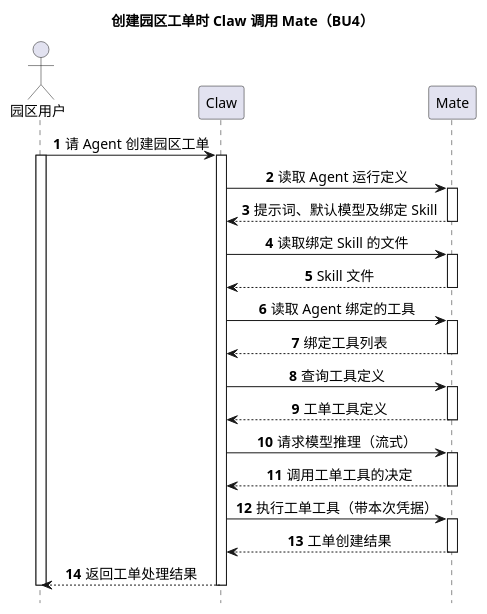
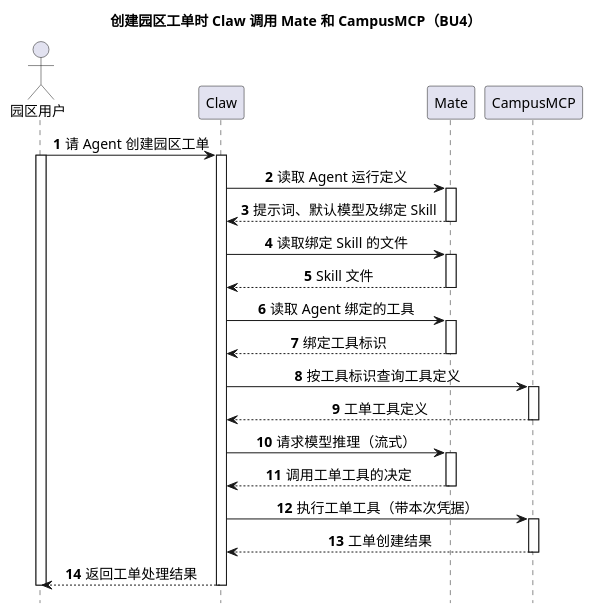
One commit to ssm0808/pi-mono-java-design changed the second of 4 diagrams in 02-服务与接口/02-CampusMate共享客户端配置/diagram.puml. Above: the diagram before and after it, drawn with PlantUML. The commit also changed other lines of this file and 5 other files, not shown here.

First line of the commit message:
新增上游 CampusMCP：工具查询与执行改走 /mcp-service，目录按上游拆分

```diff
--- a/02-服务与接口/02-CampusMate共享客户端配置/diagram.puml
+++ b/02-服务与接口/02-CampusMate共享客户端配置/diagram.puml
@@ -84,34 +84,36 @@
 @startuml claw_mate_overall_sequence
 ' Java 基线：628dca25a694d9d056b15f012e1223d68091ab66；2026-10-21 拉取 main。
 ' 源码：modules/coding-agent-cli/src/main/java/com/campusclaw/codingagent/runtime/AgentRuntimeManager.java rebuild、resolveSkills。
 ' 源码：modules/coding-agent-cli/src/main/java/com/campusclaw/codingagent/tool/mate/MateToolResolver.java listAgentTools。
 ' 源码：modules/coding-agent-cli/src/main/java/com/campusclaw/codingagent/tool/mate/MateRemoteToolHandler.java callTool。
 ' 源码：modules/ai/src/main/java/com/campusclaw/ai/provider/mate/CampusMateProvider.java。
-' 已观察行为：调用顺序与 Mate 接口已实现；目标：待实现的只是 Claw 内部的路径目录与共享通道，图中消息不变。
-' 设计原因：服务级总览只表达 Claw 与 Mate 的交互，Runtime、Tool、Provider 并入 Claw，在 3.3 节下钻。
-title 创建园区工单时 Claw 调用 Mate（BU4）
+' 已观察行为：调用顺序已实现，现状全部发往 Mate；目标：待实现，工具定义查询与执行改发 CampusMCP（用户 2026-10-21 确认路径）。
+' 推导：读取 Agent 与 Skill 绑定工具仍在 Mate（待确认 T8）。
+' 设计原因：服务级总览只表达 Claw 与两个上游的交互，Runtime、Tool、Provider 并入 Claw，在 3.3 节下钻。
+title 创建园区工单时 Claw 调用 Mate 和 CampusMCP（BU4）
 hide footbox
 skinparam backgroundColor white
 skinparam defaultFontSize 14
 skinparam sequenceMessageAlign center
 autonumber
 actor "园区用户" as User
 participant "Claw" as Claw
 participant "Mate" as Mate
+participant "CampusMCP" as Mcp
 User -> Claw ++ : 请 Agent 创建园区工单
 activate User
 Claw -> Mate ++ : 读取 Agent 运行定义
 return 提示词、默认模型及绑定 Skill
 Claw -> Mate ++ : 读取绑定 Skill 的文件
 return Skill 文件
 Claw -> Mate ++ : 读取 Agent 绑定的工具
-return 绑定工具列表
-Claw -> Mate ++ : 查询工具定义
+return 绑定工具标识
+Claw -> Mcp ++ : 按工具标识查询工具定义
 return 工单工具定义
 Claw -> Mate ++ : 请求模型推理（流式）
 return 调用工单工具的决定
-Claw -> Mate ++ : 执行工单工具（带本次凭据）
+Claw -> Mcp ++ : 执行工单工具（带本次凭据）
 return 工单创建结果
 return 返回工单处理结果
 deactivate User
 @enduml
```
